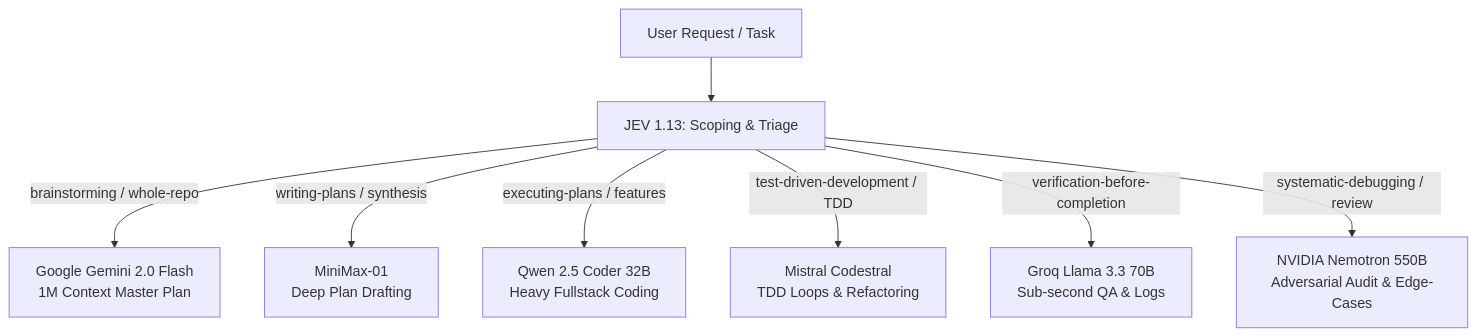
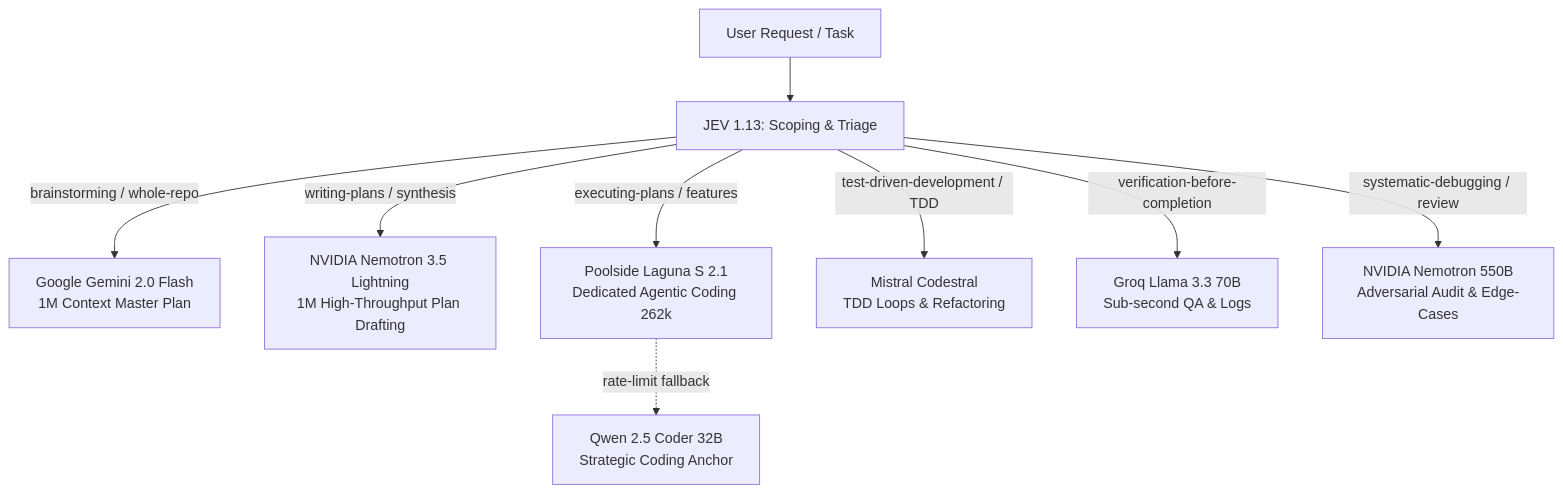
One commit to Abdo5-Mahmoud/Daily-Tracker-system changed the diagram in MODELS_REGISTRY.md. Above: the diagram before and after it, drawn with Mermaid. The commit also changed other lines of this file and 2 other files, not shown here.

Commit message:
feat(models): upgrade compute routing matrix to Hybrid v2.1 with Poolside Laguna S and Nemotron 3.5 Lightning

````diff
--- a/MODELS_REGISTRY.md
+++ b/MODELS_REGISTRY.md
@@ -25,10 +27,11 @@
 ```mermaid
 graph TD
     UserReq[User Request / Task] --> Triage[JEV 1.13: Scoping & Triage]
     Triage -->|brainstorming / whole-repo| Gemini[Google Gemini 2.0 Flash<br/>1M Context Master Plan]
-    Triage -->|writing-plans / synthesis| MiniMax[MiniMax-01<br/>Deep Plan Drafting]
-    Triage -->|executing-plans / features| Qwen[Qwen 2.5 Coder 32B<br/>Heavy Fullstack Coding]
+    Triage -->|writing-plans / synthesis| NemotronLightning[NVIDIA Nemotron 3.5 Lightning<br/>1M High-Throughput Plan Drafting]
+    Triage -->|executing-plans / features| LagunaS[Poolside Laguna S 2.1<br/>Dedicated Agentic Coding 262k]
+    LagunaS -.->|rate-limit fallback| Qwen[Qwen 2.5 Coder 32B<br/>Strategic Coding Anchor]
     Triage -->|test-driven-development / TDD| Codestral[Mistral Codestral<br/>TDD Loops & Refactoring]
     Triage -->|verification-before-completion| Groq[Groq Llama 3.3 70B<br/>Sub-second QA & Logs]
-    Triage -->|systematic-debugging / review| Nemotron[NVIDIA Nemotron 550B<br/>Adversarial Audit & Edge-Cases]
+    Triage -->|systematic-debugging / review| NemotronUltra[NVIDIA Nemotron 550B<br/>Adversarial Audit & Edge-Cases]
 ```
````
